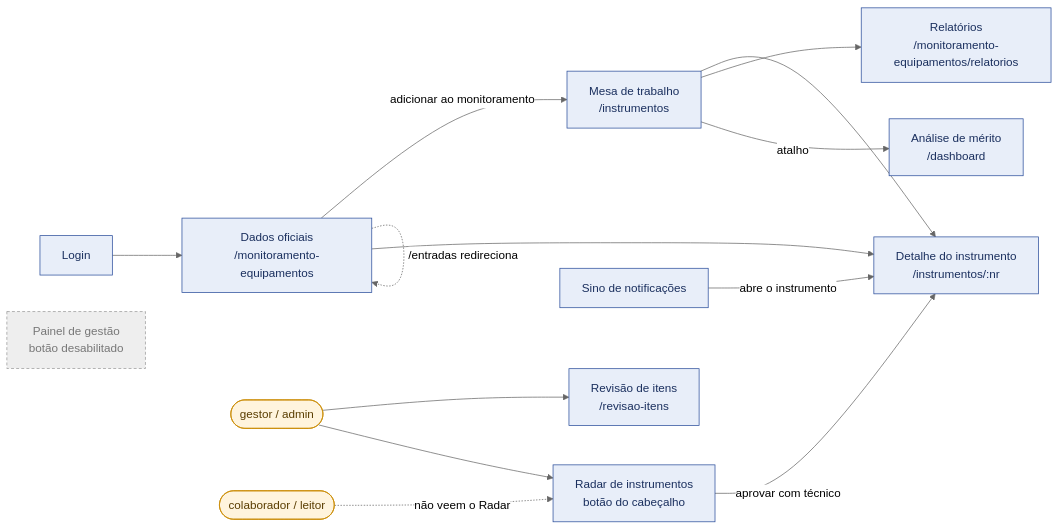
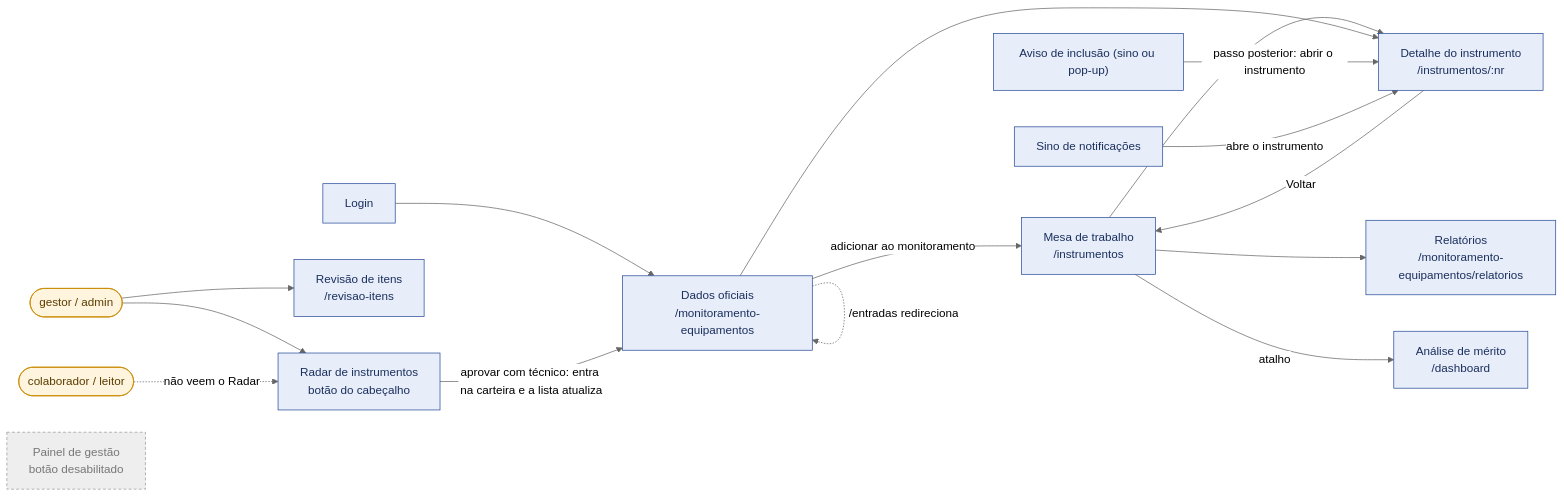
One commit to devs-ministerio/par_equipamentos changed the first of 12 diagrams in docs/arquitetura/mapa-monitoramento-interno-2026-11-19.md. Above: the diagram before and after it, drawn with Mermaid (neutral theme). The commit also changed other lines of this file and 1 other file, not shown here.

Commit message:
docs: mapa revisão 3 e CLAUDE.md com as correções do diagnóstico constitucional

````diff
--- a/docs/arquitetura/mapa-monitoramento-interno-2026-11-19.md
+++ b/docs/arquitetura/mapa-monitoramento-interno-2026-11-19.md
@@ -11,20 +13,22 @@
 ```mermaid
 flowchart LR
     classDef tela fill:#E8EEF9,stroke:#2A4D9B,color:#1a2f5e
     classDef off fill:#eee,stroke:#999,color:#777,stroke-dasharray:4 3
     classDef perfil fill:#FFF4DD,stroke:#C98A00,color:#5a3d00
 
     LOGIN["Login"]:::tela --> DADOS["Dados oficiais<br/>/monitoramento-equipamentos"]:::tela
     DADOS -->|"adicionar ao monitoramento"| MESA
     DADOS -. "/entradas redireciona" .-> DADOS
     MESA["Mesa de trabalho<br/>/instrumentos"]:::tela --> DET["Detalhe do instrumento<br/>/instrumentos/:nr"]:::tela
     DADOS --> DET
     MESA --> REL["Relatórios<br/>/monitoramento-equipamentos/relatorios"]:::tela
     MESA -->|"atalho"| MERITO["Análise de mérito<br/>/dashboard"]:::tela
     GEST(["gestor / admin"]):::perfil --> REV["Revisão de itens<br/>/revisao-itens"]:::tela
     GEST --> RADAR["Radar de instrumentos<br/>botão do cabeçalho"]:::tela
     OUTROS(["colaborador / leitor"]):::perfil -. "não veem o Radar" .-> RADAR
-    RADAR -->|"aprovar com técnico"| DET
+    RADAR -->|"aprovar com técnico: entra na carteira e a lista atualiza"| DADOS
+    AVISO["Aviso de inclusão (sino ou pop-up)"]:::tela -->|"passo posterior: abrir o instrumento"| DET
     PAINEL["Painel de gestão<br/>botão desabilitado"]:::off
     SINO["Sino de notificações"]:::tela -->|"abre o instrumento"| DET
+    DET -->|"Voltar"| MESA
 ```
````
